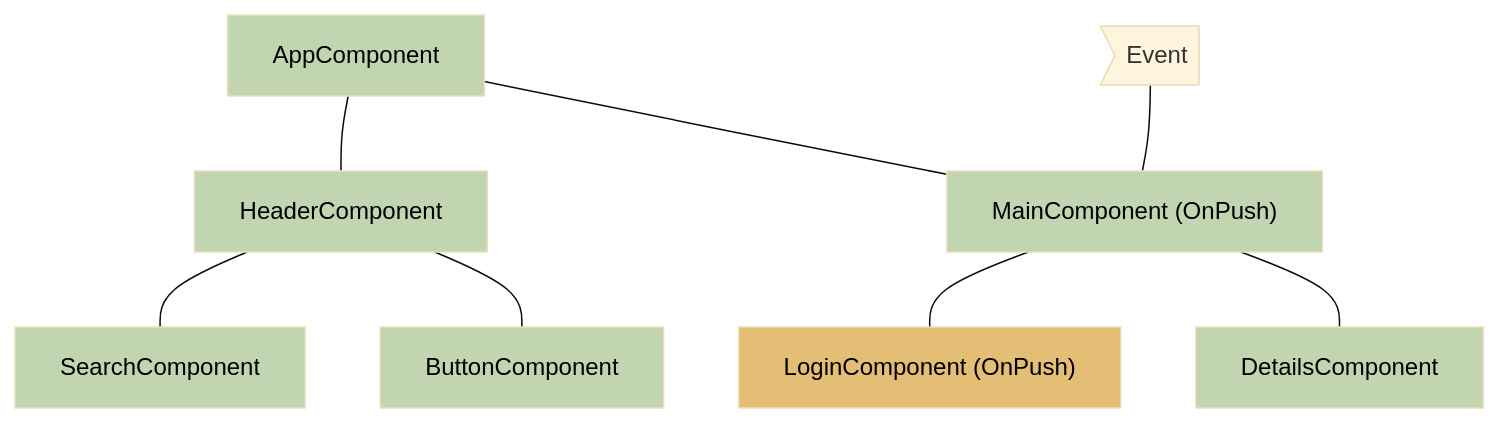
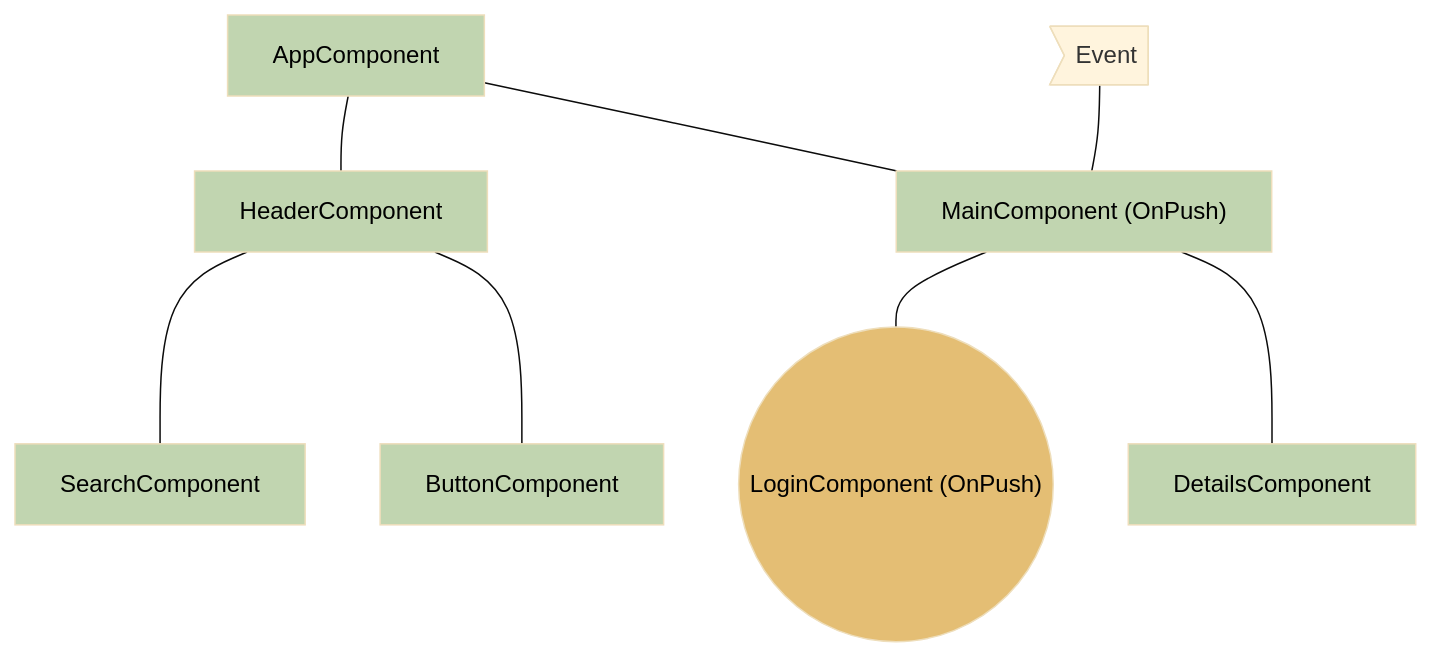
Before and after one commit to angular/angular: the second of 4 diagrams in adev/src/content/best-practices/runtime-performance/skipping-subtrees.md, drawn with Mermaid (base theme). The commit also changed other lines of this file, not shown here.

````diff
--- a/adev/src/content/best-practices/runtime-performance/skipping-subtrees.md
+++ b/adev/src/content/best-practices/runtime-performance/skipping-subtrees.md
@@ -62,19 +62,19 @@
 ```mermaid
 graph TD;
     app[AppComponent] --- header[HeaderComponent];
     app --- main["MainComponent (OnPush)"];
     header --- search[SearchComponent];
     header --- button[ButtonComponent];
-    main --- login["LoginComponent (OnPush)"];
+    main --- login(("LoginComponent (OnPush)"));
     main --- details[DetailsComponent];
     event>Event] --- main
 
-style login fill:#E4BE74,color:#000
+    style login fill:#E4BE74,color:#000
 
-style app fill:#C1D5B0,color:#000
-style header fill:#C1D5B0,color:#000
-style button fill:#C1D5B0,color:#000
-style search fill:#C1D5B0,color:#000
-style main fill:#C1D5B0,color:#000
-style details fill:#C1D5B0,color:#000
+    style app fill:#C1D5B0,color:#000
+    style header fill:#C1D5B0,color:#000
+    style button fill:#C1D5B0,color:#000
+    style search fill:#C1D5B0,color:#000
+    style main fill:#C1D5B0,color:#000
+    style details fill:#C1D5B0,color:#000
 ```
````
